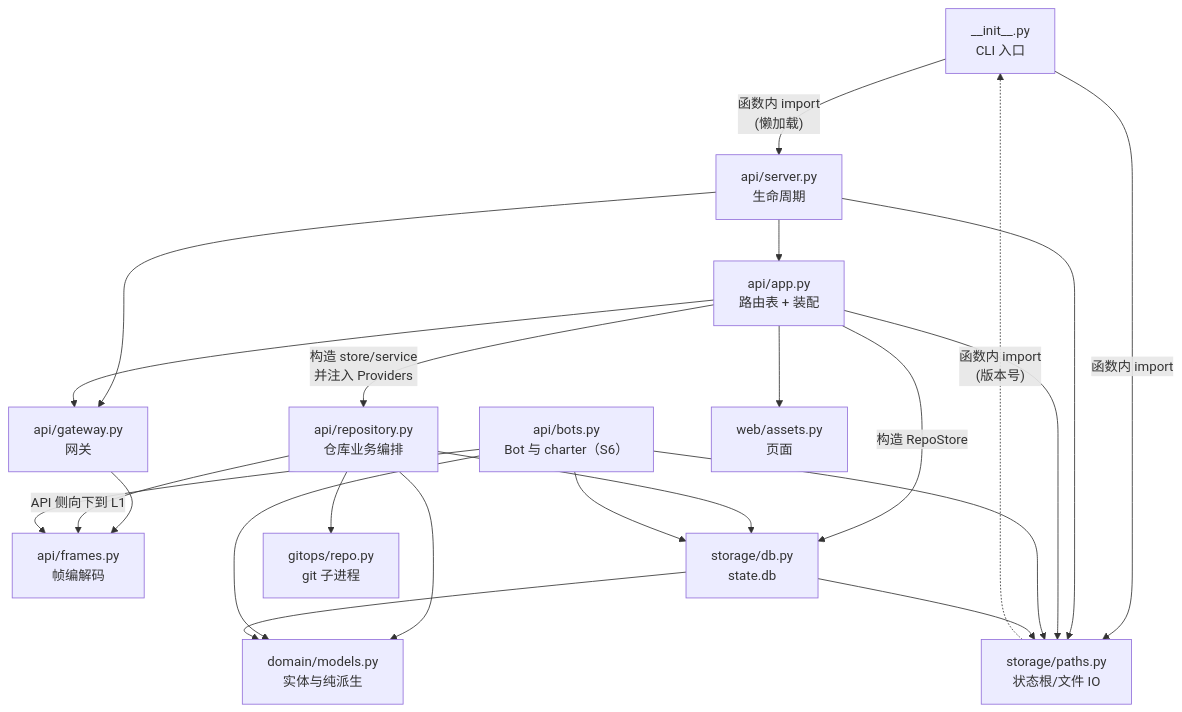
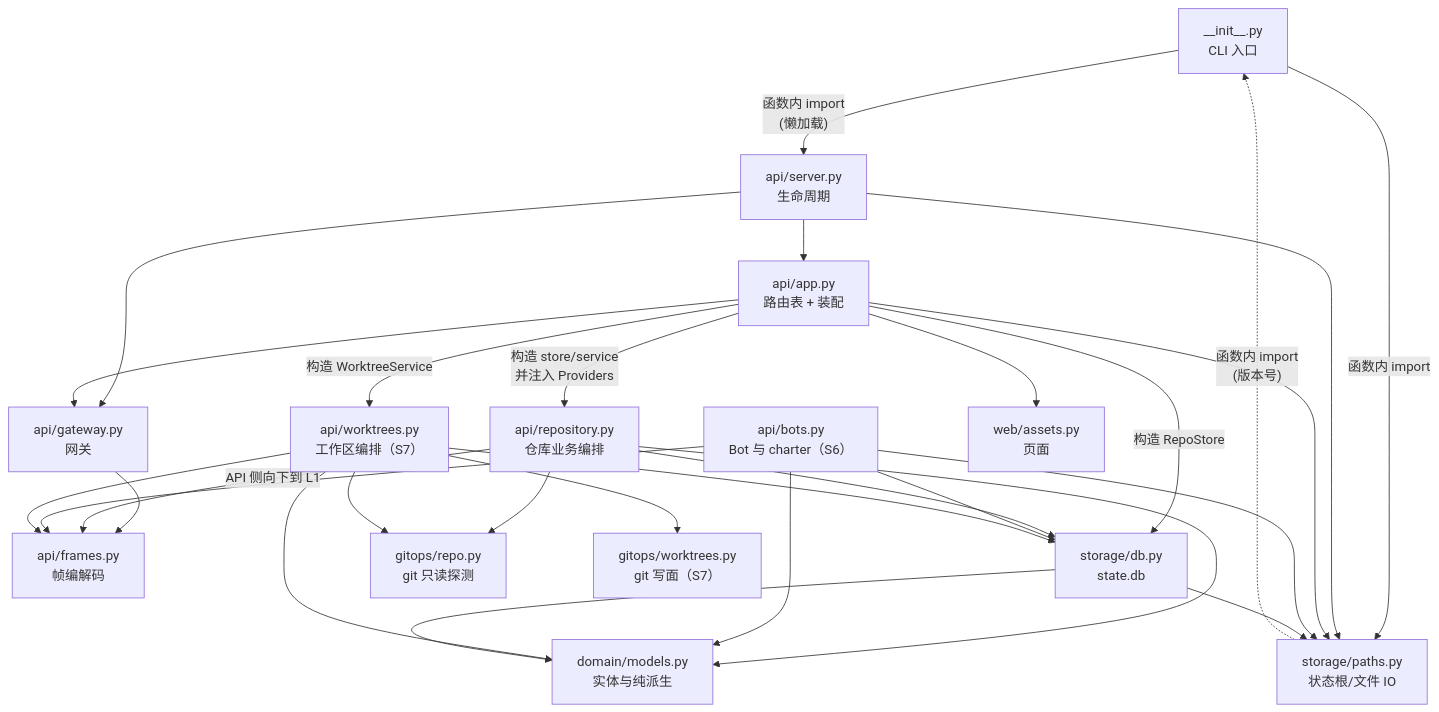
One commit to postel-studio/postel-studio changed the diagram in docs/codemap/02-layers.md. Above: the diagram before and after it, drawn with Mermaid. The commit also changed other lines of this file and 21 other files, not shown here.

````diff
--- a/docs/codemap/02-layers.md
+++ b/docs/codemap/02-layers.md
@@ -38,38 +44,46 @@
 ```mermaid
 graph TD
     CLI["__init__.py<br/>CLI 入口"]
     SRV["api/server.py<br/>生命周期"]
     APP["api/app.py<br/>路由表 + 装配"]
     GW["api/gateway.py<br/>网关"]
     FR["api/frames.py<br/>帧编解码"]
     RS["api/repository.py<br/>仓库业务编排"]
     BT["api/bots.py<br/>Bot 与 charter（S6）"]
+    WT["api/worktrees.py<br/>工作区编排（S7）"]
     AS["web/assets.py<br/>页面"]
     DB["storage/db.py<br/>state.db"]
     PA["storage/paths.py<br/>状态根/文件 IO"]
-    GO["gitops/repo.py<br/>git 子进程"]
+    GO["gitops/repo.py<br/>git 只读探测"]
+    GW2["gitops/worktrees.py<br/>git 写面（S7）"]
     DM["domain/models.py<br/>实体与纯派生"]
 
     CLI -->|"函数内 import<br/>(懒加载)"| SRV
     CLI -->|"函数内 import"| PA
     SRV --> APP
     SRV --> GW
     SRV --> PA
     APP --> GW
     APP --> PA
     APP --> AS
     APP -->|"构造 store/service<br/>并注入 Providers"| RS
     APP -->|"构造 RepoStore"| DB
     GW --> FR
     RS -->|"API 侧向下到 L1"| FR
     RS --> DB
     RS --> GO
     RS --> DM
     BT --> DB
     BT --> PA
     BT --> DM
     BT --> FR
+    APP -->|"构造 WorktreeService"| WT
+    WT --> DB
+    WT --> GO
+    WT --> DM
+    WT --> FR
+    WT --> GW2
     DB --> PA
     DB --> DM
     PA -.->|"函数内 import<br/>(版本号)"| CLI
 ```
````
